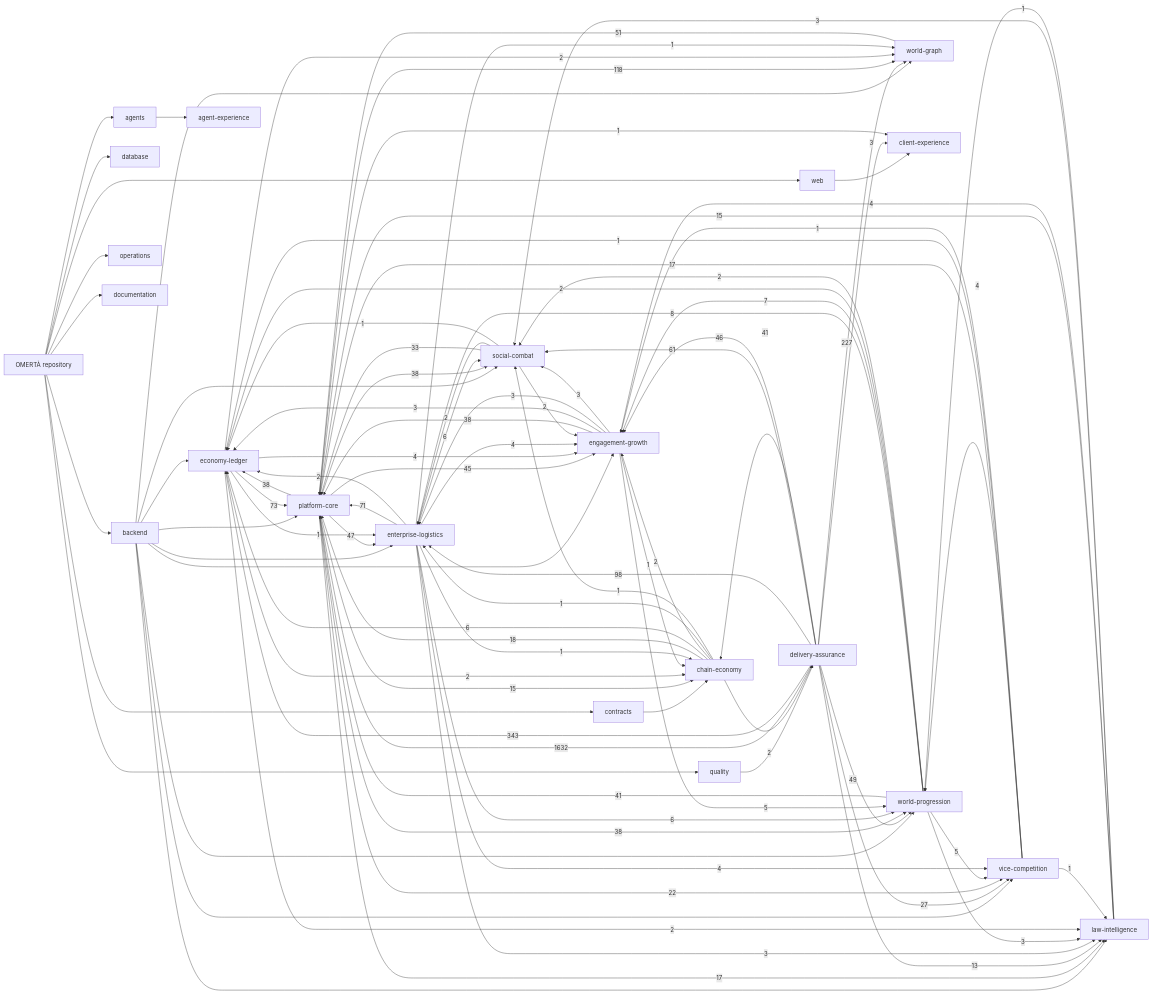
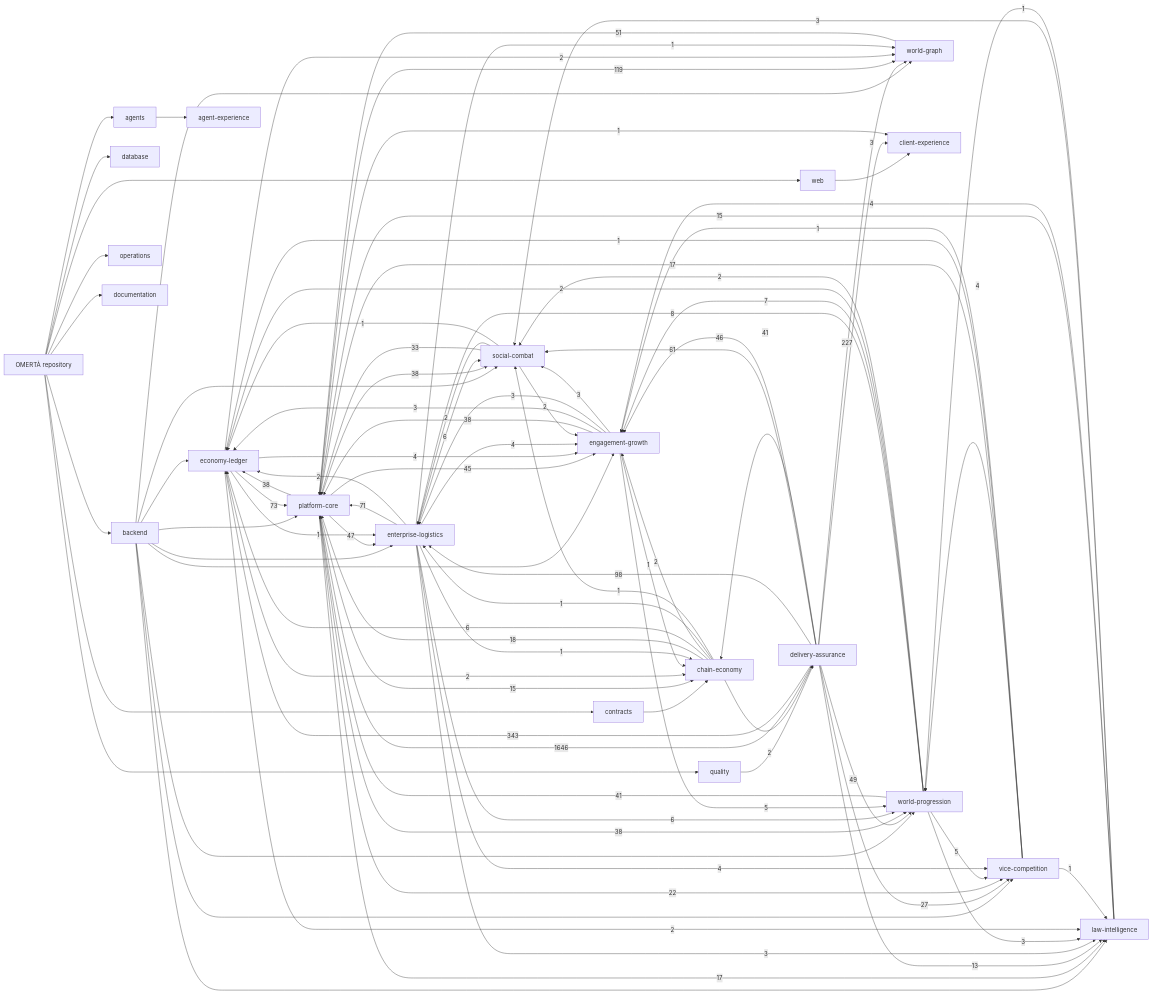
The diagram in knowledge/generated/graph.mmd (OmertaDev/Omerta), drawn with Mermaid before and after one commit. The commit also changed 9 other files, not shown here.

```diff
--- a/knowledge/generated/graph.mmd
+++ b/knowledge/generated/graph.mmd
@@ -1,113 +1,113 @@
 flowchart LR
   repo["OMERTÀ repository"]
   sub_backend["backend"]
   repo --> sub_backend
   sub_database["database"]
   repo --> sub_database
   sub_web["web"]
   repo --> sub_web
   sub_contracts["contracts"]
   repo --> sub_contracts
   sub_agents["agents"]
   repo --> sub_agents
   sub_quality["quality"]
   repo --> sub_quality
   sub_operations["operations"]
   repo --> sub_operations
   sub_documentation["documentation"]
   repo --> sub_documentation
   dom_platform-core["platform-core"]
   dom_economy-ledger["economy-ledger"]
   dom_social-combat["social-combat"]
   dom_world-progression["world-progression"]
   dom_world-graph["world-graph"]
   dom_enterprise-logistics["enterprise-logistics"]
   dom_vice-competition["vice-competition"]
   dom_law-intelligence["law-intelligence"]
   dom_chain-economy["chain-economy"]
   dom_engagement-growth["engagement-growth"]
   dom_client-experience["client-experience"]
   dom_agent-experience["agent-experience"]
   dom_delivery-assurance["delivery-assurance"]
   sub_agents --> dom_agent-experience
   sub_backend --> dom_economy-ledger
   sub_backend --> dom_engagement-growth
   sub_backend --> dom_enterprise-logistics
   sub_backend --> dom_law-intelligence
   sub_backend --> dom_platform-core
   sub_backend --> dom_social-combat
   sub_backend --> dom_vice-competition
   sub_backend --> dom_world-graph
   sub_backend --> dom_world-progression
   sub_contracts --> dom_chain-economy
   sub_quality --> dom_delivery-assurance
   sub_web --> dom_client-experience
-  dom_delivery-assurance -->|1632| dom_platform-core
+  dom_delivery-assurance -->|1646| dom_platform-core
   dom_delivery-assurance -->|343| dom_economy-ledger
   dom_delivery-assurance -->|227| dom_world-graph
-  dom_platform-core -->|118| dom_world-graph
+  dom_platform-core -->|119| dom_world-graph
   dom_delivery-assurance -->|98| dom_enterprise-logistics
   dom_economy-ledger -->|73| dom_platform-core
   dom_enterprise-logistics -->|71| dom_platform-core
   dom_delivery-assurance -->|61| dom_social-combat
   dom_world-graph -->|51| dom_platform-core
   dom_delivery-assurance -->|49| dom_world-progression
   dom_platform-core -->|47| dom_enterprise-logistics
   dom_delivery-assurance -->|46| dom_engagement-growth
   dom_platform-core -->|45| dom_engagement-growth
   dom_delivery-assurance -->|41| dom_chain-economy
   dom_world-progression -->|41| dom_platform-core
   dom_engagement-growth -->|38| dom_platform-core
   dom_platform-core -->|38| dom_economy-ledger
   dom_platform-core -->|38| dom_social-combat
   dom_platform-core -->|38| dom_world-progression
   dom_social-combat -->|33| dom_platform-core
   dom_delivery-assurance -->|27| dom_vice-competition
   dom_platform-core -->|22| dom_vice-competition
   dom_chain-economy -->|18| dom_platform-core
   dom_platform-core -->|17| dom_law-intelligence
   dom_vice-competition -->|17| dom_platform-core
   dom_law-intelligence -->|15| dom_platform-core
   dom_platform-core -->|15| dom_chain-economy
   dom_delivery-assurance -->|13| dom_law-intelligence
   dom_world-progression -->|8| dom_enterprise-logistics
   dom_world-progression -->|7| dom_engagement-growth
   dom_chain-economy -->|6| dom_economy-ledger
   dom_enterprise-logistics -->|6| dom_social-combat
   dom_enterprise-logistics -->|6| dom_world-progression
   dom_engagement-growth -->|5| dom_world-progression
   dom_world-progression -->|5| dom_vice-competition
   dom_economy-ledger -->|4| dom_engagement-growth
   dom_enterprise-logistics -->|4| dom_engagement-growth
   dom_enterprise-logistics -->|4| dom_vice-competition
   dom_law-intelligence -->|4| dom_engagement-growth
   dom_vice-competition -->|4| dom_world-progression
   dom_delivery-assurance -->|3| dom_client-experience
   dom_engagement-growth -->|3| dom_economy-ledger
   dom_engagement-growth -->|3| dom_enterprise-logistics
   dom_engagement-growth -->|3| dom_social-combat
   dom_enterprise-logistics -->|3| dom_law-intelligence
   dom_law-intelligence -->|3| dom_social-combat
   dom_world-progression -->|3| dom_law-intelligence
   dom_chain-economy -->|2| dom_delivery-assurance
   dom_chain-economy -->|2| dom_engagement-growth
   dom_economy-ledger -->|2| dom_chain-economy
   dom_economy-ledger -->|2| dom_law-intelligence
   dom_economy-ledger -->|2| dom_world-graph
   dom_enterprise-logistics -->|2| dom_economy-ledger
   dom_social-combat -->|2| dom_engagement-growth
   dom_social-combat -->|2| dom_enterprise-logistics
   dom_world-progression -->|2| dom_economy-ledger
   dom_world-progression -->|2| dom_social-combat
   dom_chain-economy -->|1| dom_enterprise-logistics
   dom_chain-economy -->|1| dom_social-combat
   dom_economy-ledger -->|1| dom_enterprise-logistics
   dom_engagement-growth -->|1| dom_chain-economy
   dom_enterprise-logistics -->|1| dom_chain-economy
   dom_enterprise-logistics -->|1| dom_world-graph
   dom_law-intelligence -->|1| dom_world-progression
   dom_platform-core -->|1| dom_client-experience
   dom_social-combat -->|1| dom_economy-ledger
   dom_vice-competition -->|1| dom_economy-ledger
   dom_vice-competition -->|1| dom_engagement-growth
   dom_vice-competition -->|1| dom_law-intelligence
```
